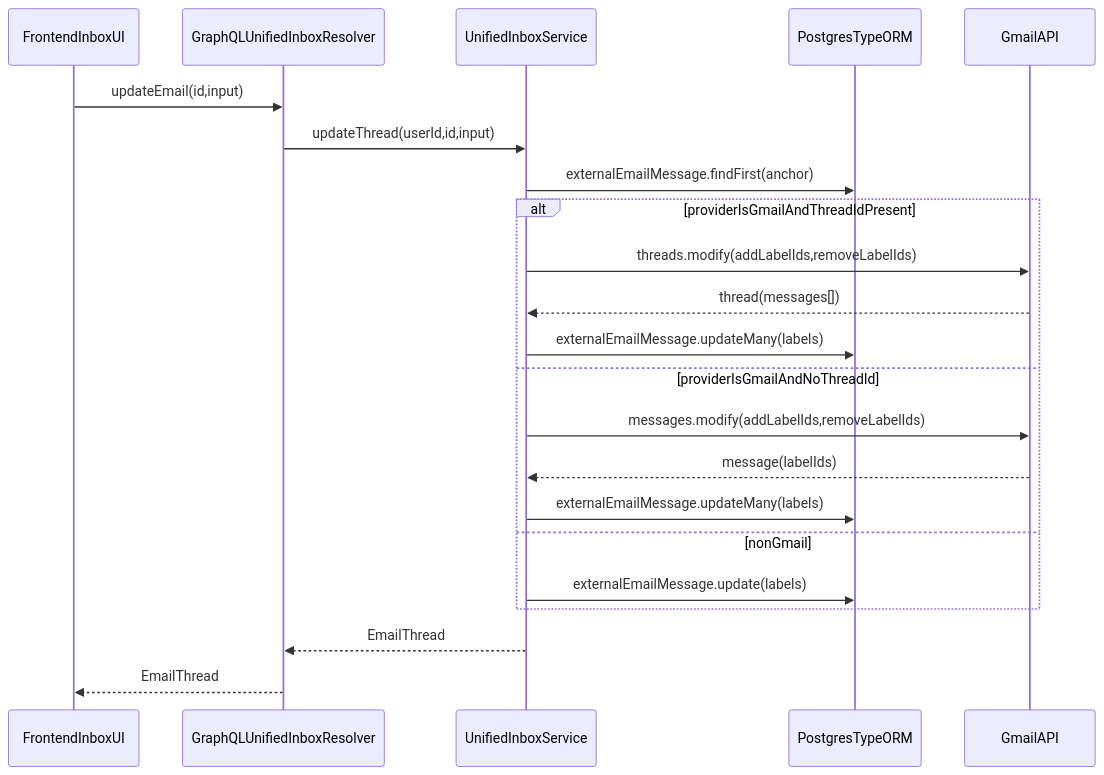
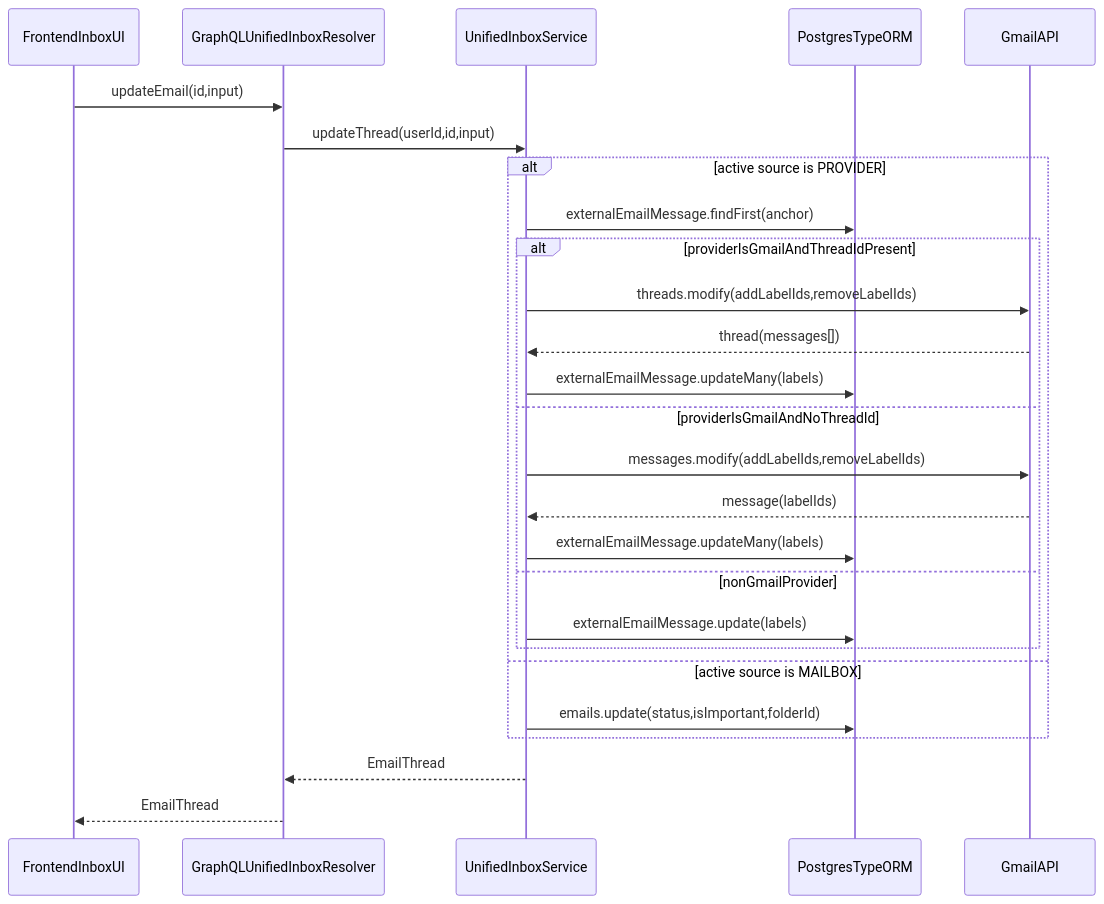
The third of 3 diagrams in apps/backend/src/unified-inbox/README.md (AmanVatsSharma/MailZen-Smart-Email-Management), drawn with Mermaid before and after one commit. The commit also changed other lines of this file and 7 other files, not shown here.

Commit message:
Harden mailbox provisioning and wire SMTP provider wizard

````diff
--- a/apps/backend/src/unified-inbox/README.md
+++ b/apps/backend/src/unified-inbox/README.md
@@ -87,25 +129,29 @@
 ```mermaid
 sequenceDiagram
   participant UI as FrontendInboxUI
   participant GQL as GraphQLUnifiedInboxResolver
   participant SVC as UnifiedInboxService
   participant DB as PostgresTypeORM
   participant Gmail as GmailAPI
 
   UI->>GQL: updateEmail(id,input)
   GQL->>SVC: updateThread(userId,id,input)
-  SVC->>DB: externalEmailMessage.findFirst(anchor)
-  alt providerIsGmailAndThreadIdPresent
-    SVC->>Gmail: threads.modify(addLabelIds,removeLabelIds)
-    Gmail-->>SVC: thread(messages[])
-    SVC->>DB: externalEmailMessage.updateMany(labels)
-  else providerIsGmailAndNoThreadId
-    SVC->>Gmail: messages.modify(addLabelIds,removeLabelIds)
-    Gmail-->>SVC: message(labelIds)
-    SVC->>DB: externalEmailMessage.updateMany(labels)
-  else nonGmail
-    SVC->>DB: externalEmailMessage.update(labels)
+  alt active source is PROVIDER
+    SVC->>DB: externalEmailMessage.findFirst(anchor)
+    alt providerIsGmailAndThreadIdPresent
+      SVC->>Gmail: threads.modify(addLabelIds,removeLabelIds)
+      Gmail-->>SVC: thread(messages[])
+      SVC->>DB: externalEmailMessage.updateMany(labels)
+    else providerIsGmailAndNoThreadId
+      SVC->>Gmail: messages.modify(addLabelIds,removeLabelIds)
+      Gmail-->>SVC: message(labelIds)
+      SVC->>DB: externalEmailMessage.updateMany(labels)
+    else nonGmailProvider
+      SVC->>DB: externalEmailMessage.update(labels)
+    end
+  else active source is MAILBOX
+    SVC->>DB: emails.update(status,isImportant,folderId)
   end
   SVC-->>GQL: EmailThread
   GQL-->>UI: EmailThread
 ```
````
